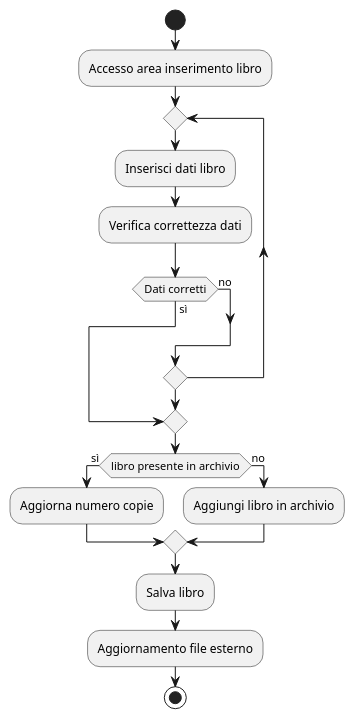
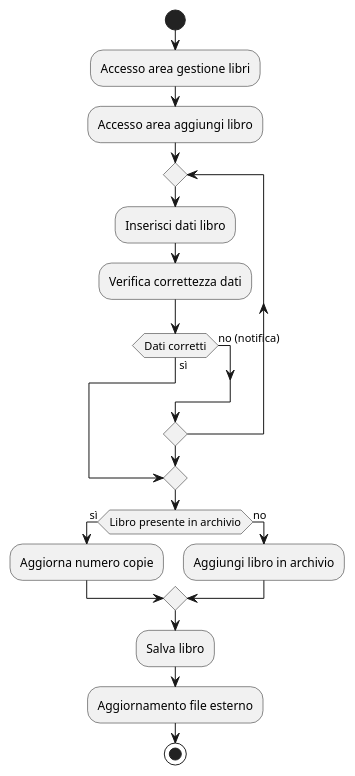
Before and after one commit to amalinconico6-cpu/Biblioteca_universitaria_10: the diagram in Progettazione/AllDiagramsCode/ActivityDiagramsCode/InserimentoLibro.wsd, drawn with PlantUML. The commit also changed 19 other files, not shown here.

```diff
--- a/Progettazione/AllDiagramsCode/ActivityDiagramsCode/InserimentoLibro.wsd
+++ b/Progettazione/AllDiagramsCode/ActivityDiagramsCode/InserimentoLibro.wsd
@@ -1,24 +1,25 @@
 @startuml InserimentoLibro
 
 start
-:Accesso area inserimento libro;
+:Accesso area gestione libri;
+:Accesso area aggiungi libro;
 repeat
     :Inserisci dati libro;
     :Verifica correttezza dati;
     if(Dati corretti) then (sì)
     break
-    else(no)
+    else(no (notifica))
     endif  
 repeat while
 
-if(libro presente in archivio) then (sì)
+if(Libro presente in archivio) then (sì)
 :Aggiorna numero copie; 
 else (no)
 :Aggiungi libro in archivio;
 endif
 
 :Salva libro;
 :Aggiornamento file esterno;
 stop
 
 @enduml
```
